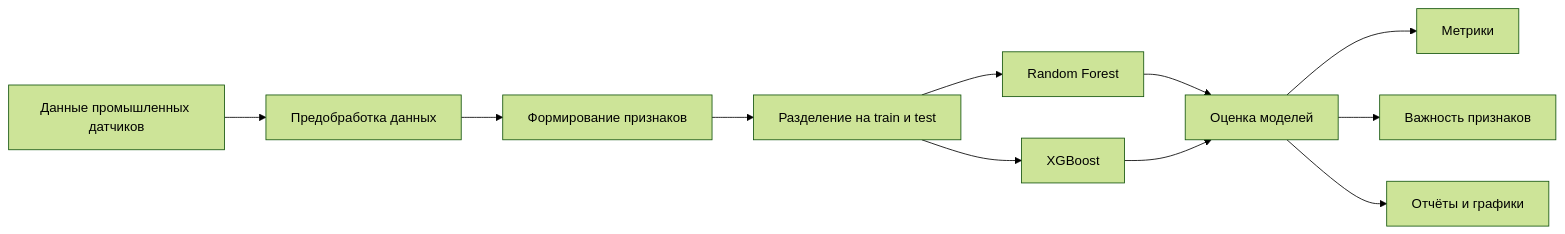
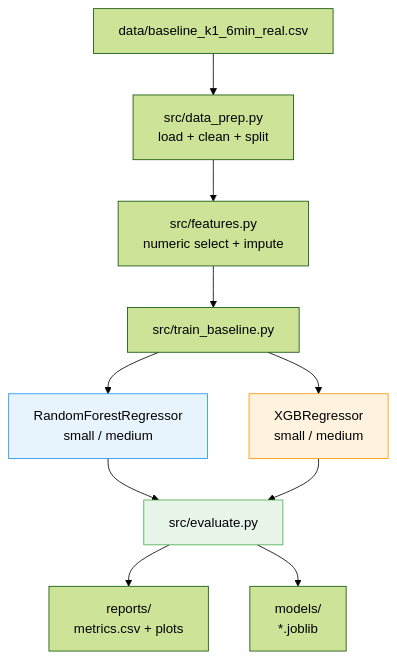
The third of 6 diagrams in experiments/rf_tuning_v5/README.md (Misha-42/soda-ml-carbonation-control), drawn with Mermaid (forest theme) before and after one commit. The commit also changed other lines of this file, not shown here.

````diff
--- a/experiments/rf_tuning_v5/README.md
+++ b/experiments/rf_tuning_v5/README.md
@@ -28,13 +110,15 @@
 ```mermaid
-flowchart LR
-    A[Данные промышленных датчиков] --> B[Предобработка данных]
-    B --> C[Формирование признаков]
-    C --> D[Разделение на train и test]
-    D --> E[Random Forest]
-    D --> F[XGBoost]
-    E --> G[Оценка моделей]
+graph TB
+    A[data/baseline_k1_6min_real.csv] --> B[src/data_prep.py<br/>load + clean + split]
+    B --> C[src/features.py<br/>numeric select + impute]
+    C --> D[src/train_baseline.py]
+    D --> E[RandomForestRegressor<br/>small / medium]
+    D --> F[XGBRegressor<br/>small / medium]
+    E --> G[src/evaluate.py]
     F --> G
-    G --> H[Метрики]
-    G --> I[Важность признаков]
-    G --> J[Отчёты и графики]
+    G --> H[reports/<br/>metrics.csv + plots]
+    G --> I[models/<br/>*.joblib]
+    style E fill:#e8f4fd,stroke:#2196f3
+    style F fill:#fff3e0,stroke:#ff9800
+    style G fill:#e8f5e9,stroke:#4caf50
 ```
````
